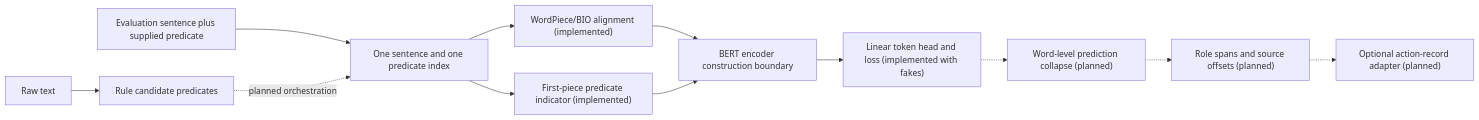
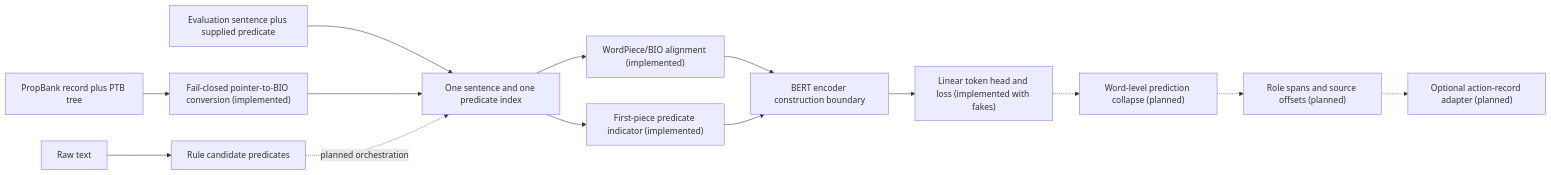
The diagram in README.md (ayo-aa/semantic-action-extractor), drawn with Mermaid before and after one commit. The commit also changed other lines of this file and 14 other files, not shown here.

Commit message:
Gate MASC data and add PropBank conversion core

````diff
--- a/README.md
+++ b/README.md
@@ -48,14 +48,16 @@
 ```mermaid
 flowchart LR
     A["Raw text"] --> B["Rule candidate predicates"]
     C["Evaluation sentence plus supplied predicate"] --> D["One sentence and one predicate index"]
+    L["PropBank record plus PTB tree"] --> M["Fail-closed pointer-to-BIO conversion (implemented)"]
+    M --> D
     B -.->|planned orchestration| D
     D --> E["WordPiece/BIO alignment (implemented)"]
     D --> F["First-piece predicate indicator (implemented)"]
     E --> G["BERT encoder construction boundary"]
     F --> G
     G --> H["Linear token head and loss (implemented with fakes)"]
     H -.-> I["Word-level prediction collapse (planned)"]
     I -.-> J["Role spans and source offsets (planned)"]
     J -.-> K["Optional action-record adapter (planned)"]
 ```
````
